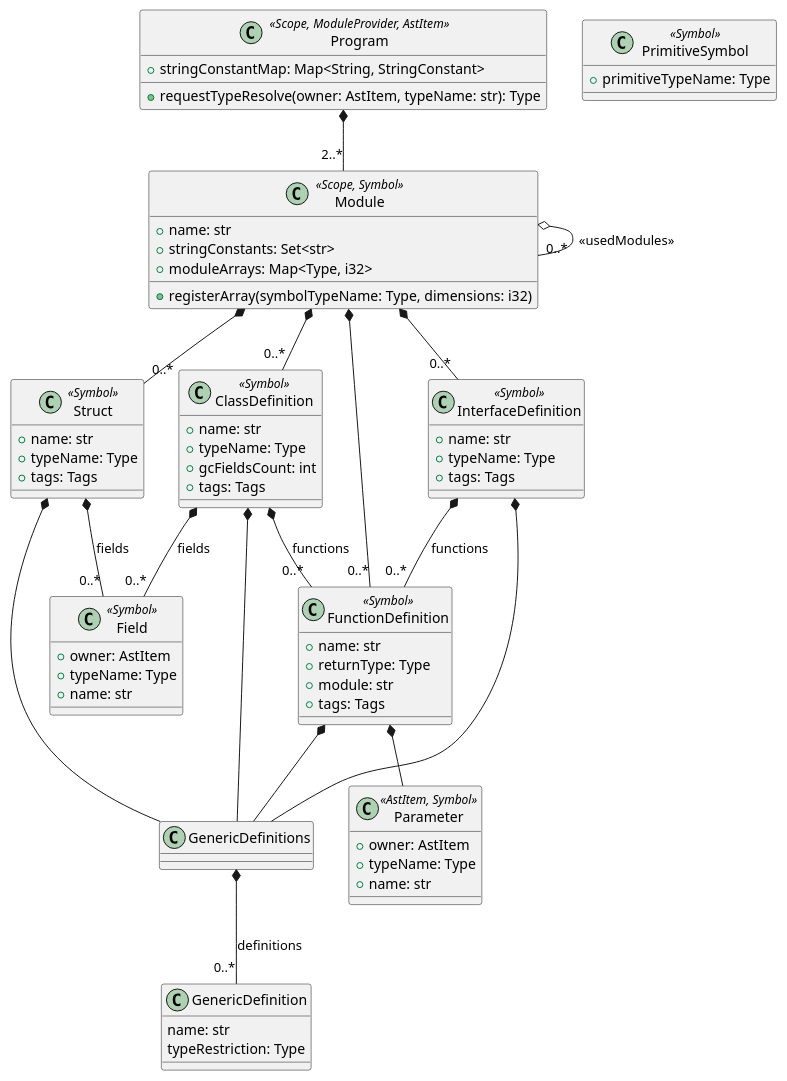
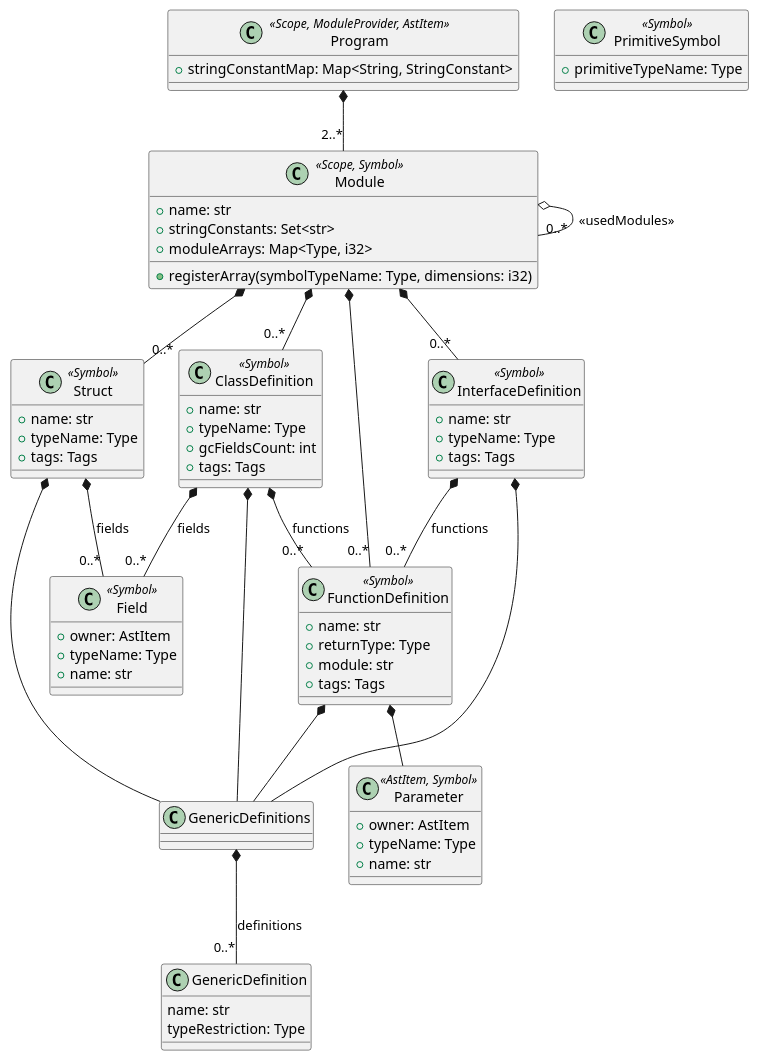
Before and after one commit to caffc/caffc: the first of 5 diagrams in compiler.md, drawn with PlantUML. The commit also changed other lines of this file and 55 other files, not shown here.

````diff
--- a/compiler.md
+++ b/compiler.md
@@ -52,80 +52,79 @@
 ```plantuml
 class Program <<Scope, ModuleProvider, AstItem>> {
   + stringConstantMap: Map<String, StringConstant>
-  + requestTypeResolve(owner: AstItem, typeName: str): Type
 }
 
 class Module <<Scope, Symbol>> {
   + name: str
   + stringConstants: Set<str>
   + moduleArrays: Map<Type, i32>
   + registerArray(symbolTypeName: Type, dimensions: i32)
 }
 
 class FunctionDefinition <<Symbol>> {
   + name: str
   + returnType: Type
   + module: str
   + tags: Tags
 }
 
 class PrimitiveSymbol <<Symbol>> {
   + primitiveTypeName: Type
 }
 
 class InterfaceDefinition <<Symbol>> {
   + name: str
   + typeName: Type
   + tags: Tags
 }
 
 class ClassDefinition <<Symbol>> {
   + name: str
   + typeName: Type
   + gcFieldsCount: int
   + tags: Tags
 }
 
 class Struct <<Symbol>> {
   + name: str
   + typeName: Type
   + tags: Tags
 }
 
 class GenericDefinitions {
 }
 
 class GenericDefinition {
   name: str
   typeRestriction: Type
 }
 
 class Field <<Symbol>> {
   + owner: AstItem
   + typeName: Type
   + name: str
 }
 
 class Parameter <<AstItem, Symbol>> {
   + owner: AstItem
   + typeName: Type
   + name: str
 }
 
 Program *-- "2..*" Module
 Module *-- "0..*" InterfaceDefinition
 Module *-- "0..*" ClassDefinition
 Module *-- "0..*" FunctionDefinition
 Module *-- "0..*" Struct
 Module o-- "0..*" Module: <<usedModules>>
 ClassDefinition *-- "0..*" FunctionDefinition : functions
 ClassDefinition *-- "0..*" Field : fields
 InterfaceDefinition *-- "0..*" FunctionDefinition : functions
 InterfaceDefinition *-- GenericDefinitions
 FunctionDefinition *-- Parameter
 ClassDefinition *-- GenericDefinitions
 FunctionDefinition *-- GenericDefinitions
 GenericDefinitions *-- "0..*" GenericDefinition: definitions
 Struct *-- GenericDefinitions
 Struct *-- "0..*" Field : fields
 ```
````
